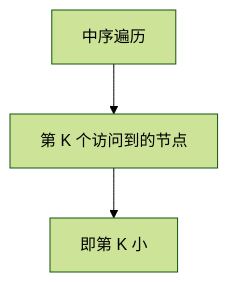
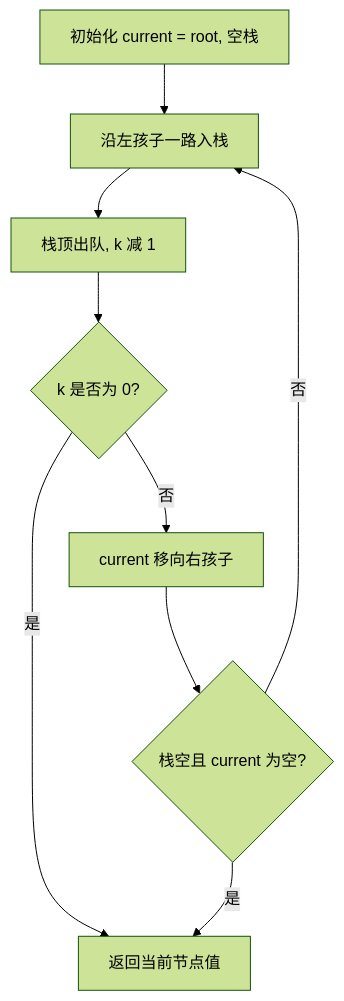
The first of 2 diagrams in 09-二叉树/0230-二叉搜索树中第_K_小的元素.md (OctalZero/hot100-py), drawn with Mermaid (forest theme) before and after one commit. The commit also changed other lines of this file and 117 other files, not shown here.

First line of the commit message:
feat: 全题解配图升级为「动画式 mermaid」（总览骨架 + 横向时间线逐步推演）

````diff
--- a/09-二叉树/0230-二叉搜索树中第_K_小的元素.md
+++ b/09-二叉树/0230-二叉搜索树中第_K_小的元素.md
@@ -18,5 +18,11 @@
 ```mermaid
 flowchart TD
-    A["中序遍历"] --> B["第 K 个访问到的节点"]
-    B --> C["即第 K 小"]
+    A["初始化 current = root, 空栈"] --> B["沿左孩子一路入栈"]
+    B --> C["栈顶出队, k 减 1"]
+    C --> D{"k 是否为 0?"}
+    D -->|"是"| E["返回当前节点值"]
+    D -->|"否"| F["current 移向右孩子"]
+    F --> G{"栈空且 current 为空?"}
+    G -->|"否"| B
+    G -->|"是"| E
 ```
````
